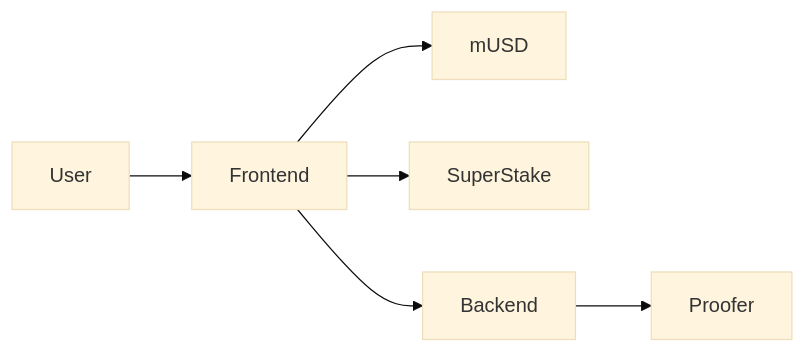
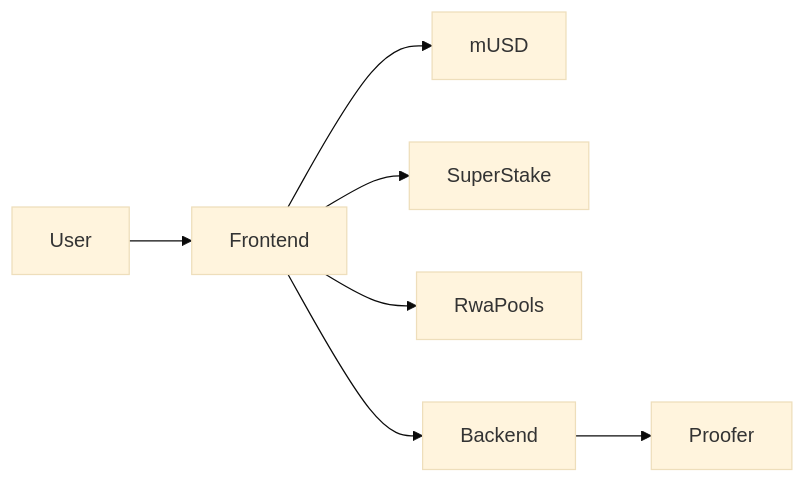
Before and after one commit to yehia67/mantle-usd: the fifth of 6 diagrams in README.md, drawn with Mermaid (base theme). The commit also changed other lines of this file, not shown here.

````diff
--- a/README.md
+++ b/README.md
@@ -196,8 +256,9 @@
 ```mermaid
 flowchart LR
     User --> Frontend
     Frontend --> mUSD
     Frontend --> SuperStake
+    Frontend --> RwaPools
     Frontend --> Backend
     Backend --> Proofer
 ```
````
